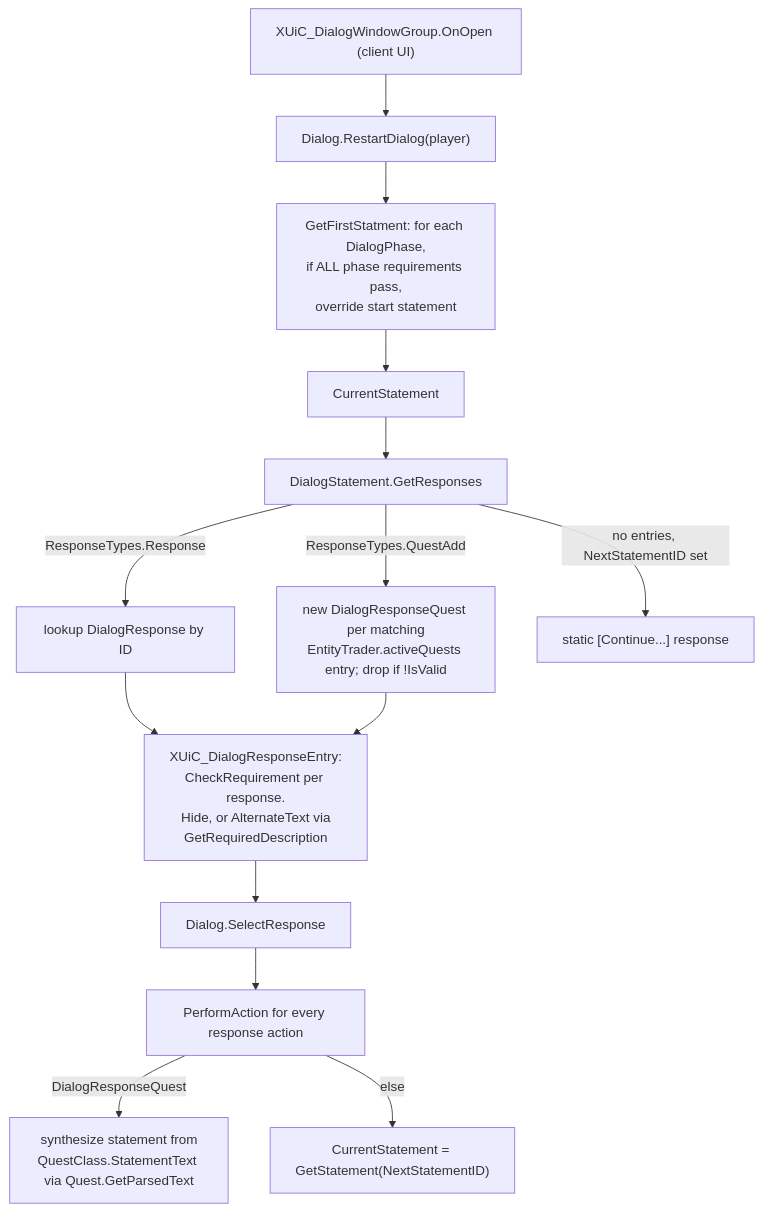
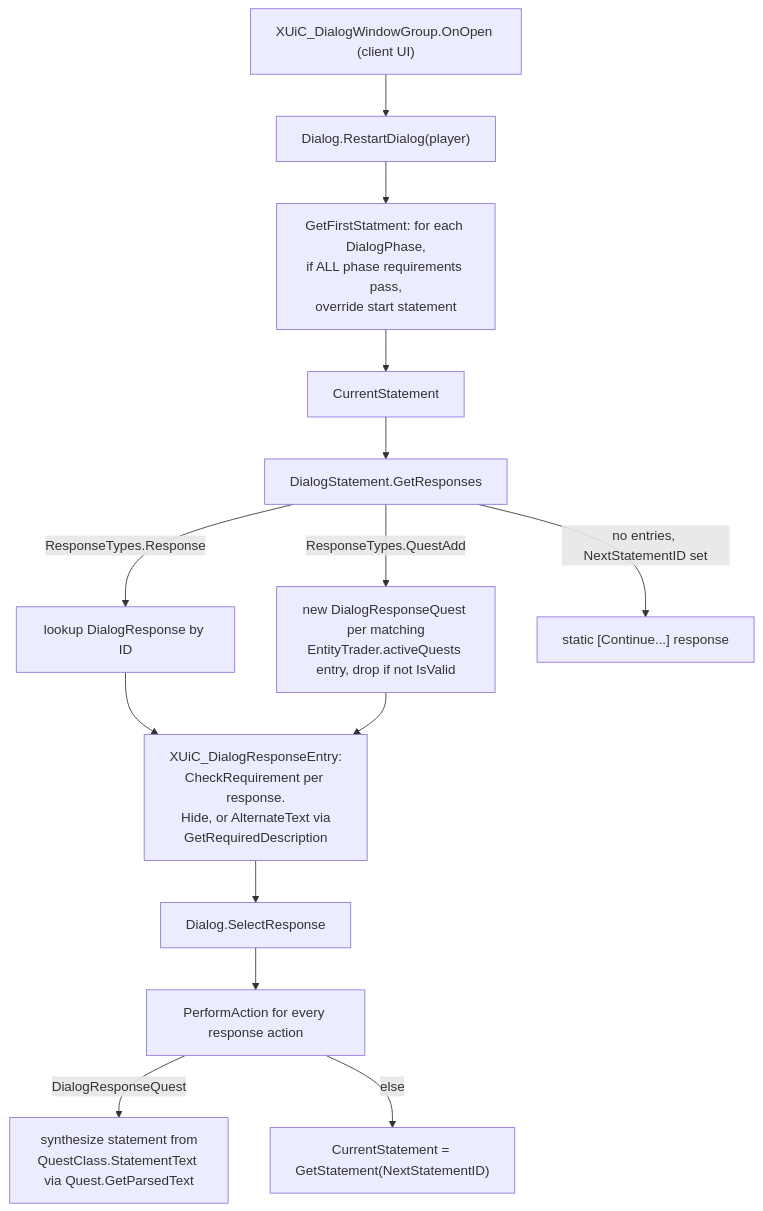
The diagram in docs/npc-dialog.md (hordeforge/7dtd-engine-research), drawn with Mermaid before and after one commit. The commit also changed 15 other files, not shown here.

First line of the commit message:
Map every state machine and fix mermaid 8.6 breakages corpus-wide

````diff
--- a/docs/npc-dialog.md
+++ b/docs/npc-dialog.md
@@ -71,16 +71,16 @@
 ```mermaid
 flowchart TD
     Open["XUiC_DialogWindowGroup.OnOpen (client UI)"] --> RS["Dialog.RestartDialog(player)"]
-    RS --> GFS["GetFirstStatment: for each DialogPhase,\nif ALL phase requirements pass,\noverride start statement"]
+    RS --> GFS["GetFirstStatment: for each DialogPhase,<br/>if ALL phase requirements pass,<br/>override start statement"]
     GFS --> CS["CurrentStatement"]
     CS --> GR["DialogStatement.GetResponses"]
     GR -->|"ResponseTypes.Response"| RESP["lookup DialogResponse by ID"]
-    GR -->|"ResponseTypes.QuestAdd"| DRQ["new DialogResponseQuest per matching\nEntityTrader.activeQuests entry; drop if !IsValid"]
+    GR -->|"ResponseTypes.QuestAdd"| DRQ["new DialogResponseQuest per matching<br/>EntityTrader.activeQuests entry, drop if not IsValid"]
     GR -->|"no entries, NextStatementID set"| CONT["static [Continue...] response"]
-    RESP --> GATE["XUiC_DialogResponseEntry:\nCheckRequirement per response.\nHide, or AlternateText via\nGetRequiredDescription"]
+    RESP --> GATE["XUiC_DialogResponseEntry:<br/>CheckRequirement per response.<br/>Hide, or AlternateText via<br/>GetRequiredDescription"]
     DRQ --> GATE
     GATE --> SEL["Dialog.SelectResponse"]
     SEL --> ACT["PerformAction for every response action"]
-    ACT -->|"DialogResponseQuest"| SYNTH["synthesize statement from\nQuestClass.StatementText via Quest.GetParsedText"]
+    ACT -->|"DialogResponseQuest"| SYNTH["synthesize statement from<br/>QuestClass.StatementText via Quest.GetParsedText"]
     ACT -->|"else"| NEXT["CurrentStatement = GetStatement(NextStatementID)"]
 ```
````
